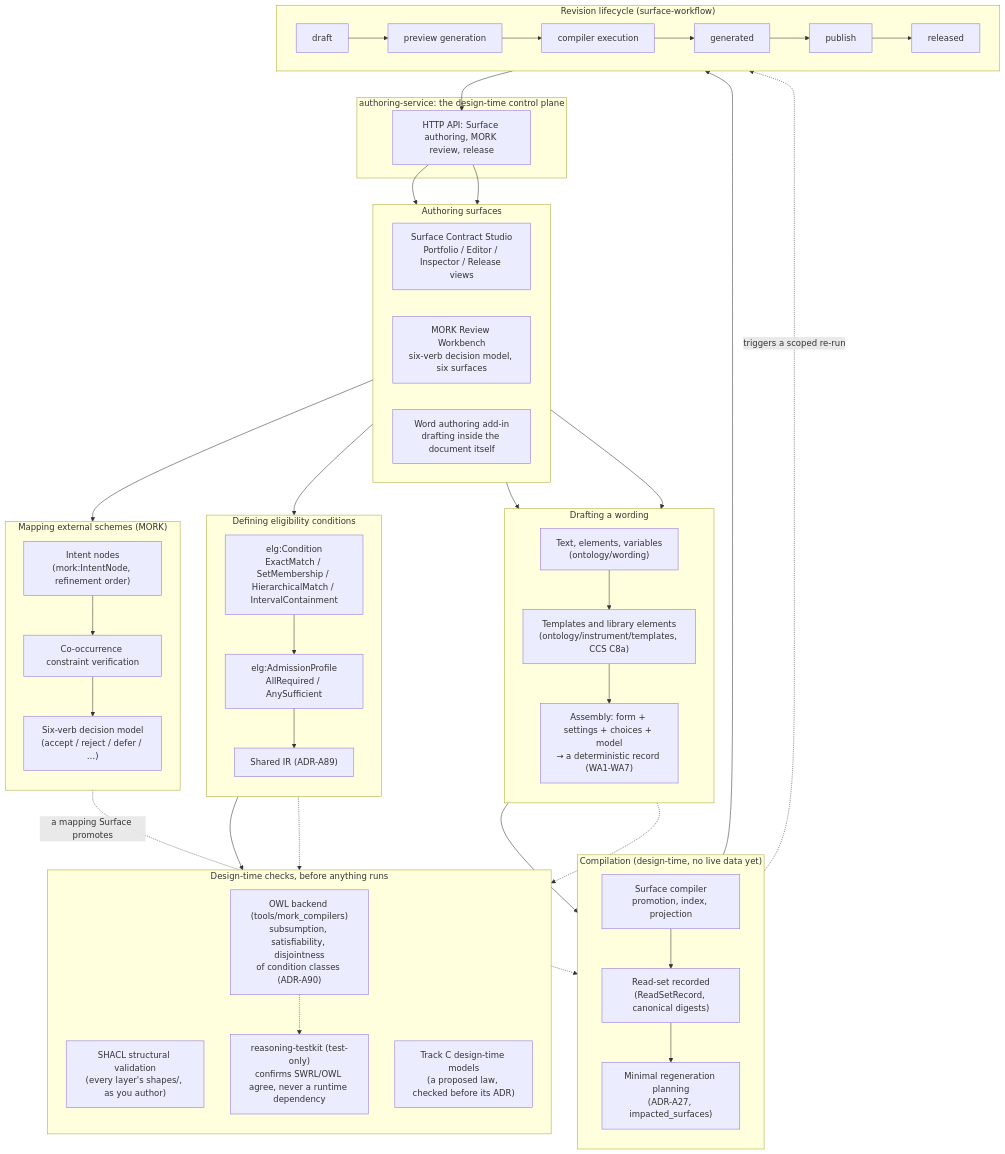
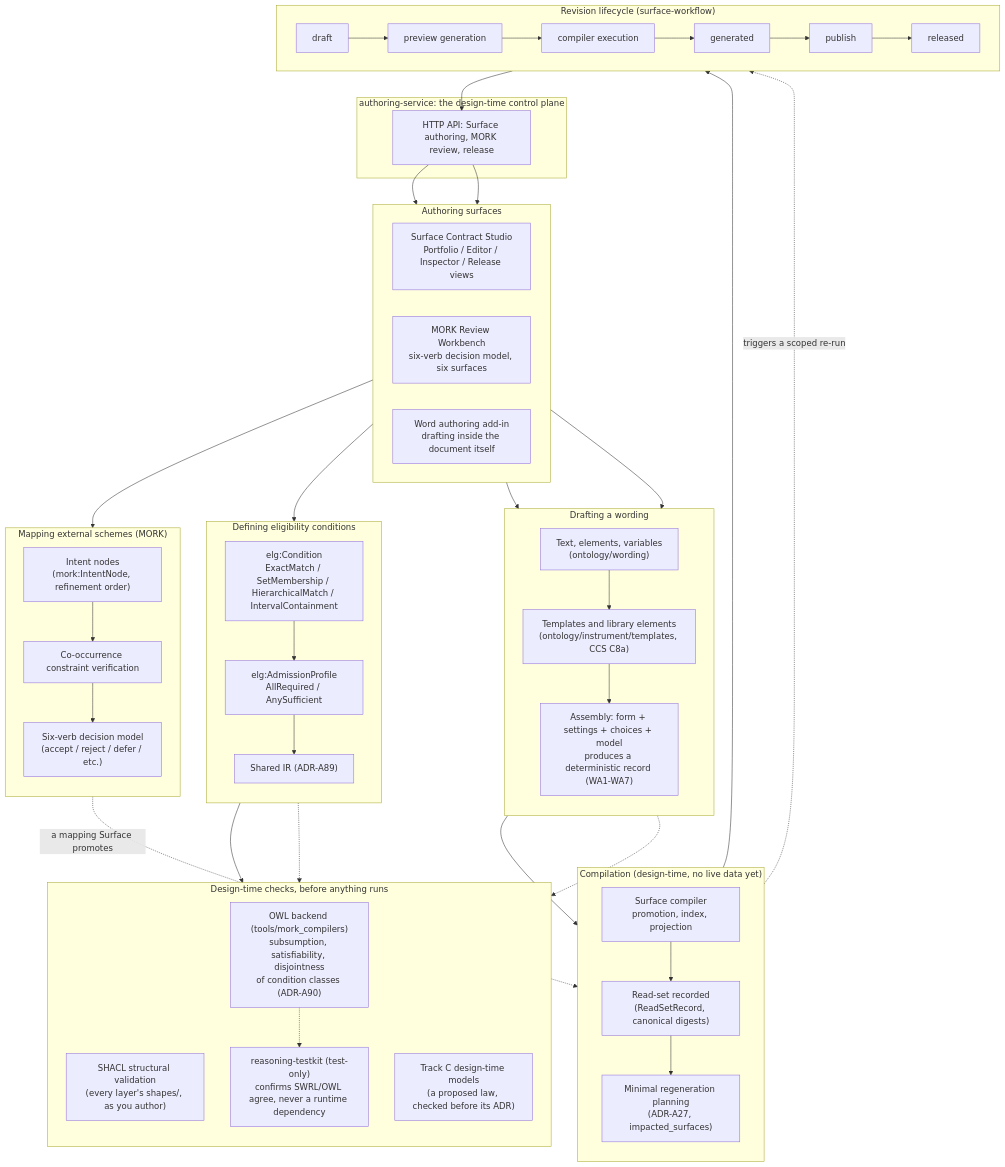
One commit to nebularis/lattice changed the diagram in docs/diagrams/03-design-time-authoring.md. Above: the diagram before and after it, drawn with Mermaid. The commit also changed 4 other files, not shown here.

First line of the commit message:
[docs] Strip special characters from mermaid diagrams; fix subgraph-edge errors

````diff
--- a/docs/diagrams/03-design-time-authoring.md
+++ b/docs/diagrams/03-design-time-authoring.md
@@ -12,78 +12,78 @@
 ```mermaid
 flowchart TB
     subgraph AUTHOR["Authoring surfaces"]
         direction LR
         SCS["Surface Contract Studio<br/>Portfolio / Editor / Inspector / Release views"]
         MRW["MORK Review Workbench<br/>six-verb decision model, six surfaces"]
         WAI["Word authoring add-in<br/>drafting inside the document itself"]
     end
 
     subgraph DRAFT["Drafting a wording"]
         direction TB
         TXT["Text, elements, variables<br/>(ontology/wording)"]
         TMPL["Templates and library elements<br/>(ontology/instrument/templates, CCS C8a)"]
-        ASSM["Assembly: form + settings + choices + model<br/>→ a deterministic record (WA1-WA7)"]
+        ASSM["Assembly: form + settings + choices + model<br/>produces a deterministic record (WA1-WA7)"]
     end
 
     WAI --> TXT
     SCS --> TXT
     TXT --> TMPL --> ASSM
 
     subgraph ELIG["Defining eligibility conditions"]
         direction TB
         COND["elg:Condition<br/>ExactMatch / SetMembership / HierarchicalMatch / IntervalContainment"]
         PROF["elg:AdmissionProfile<br/>AllRequired / AnySufficient"]
         IR2["Shared IR (ADR-A89)"]
     end
 
     SCS --> COND --> PROF --> IR2
 
     subgraph DESIGNCHECK["Design-time checks, before anything runs"]
         direction TB
         SHACL1["SHACL structural validation<br/>(every layer's shapes/, as you author)"]
         OWLDT["OWL backend (tools/mork_compilers)<br/>subsumption, satisfiability, disjointness<br/>of condition classes (ADR-A90)"]
         ALLOY2["Track C design-time models<br/>(a proposed law, checked before its ADR)"]
         REASON["reasoning-testkit (test-only)<br/>confirms SWRL/OWL agree, never a runtime dependency"]
     end
 
     IR2 --> OWLDT
     TXT -.-> SHACL1
     COND -.-> SHACL1
     OWLDT -.-> REASON
 
     subgraph MAPPING["Mapping external schemes (MORK)"]
         direction TB
         INTENT["Intent nodes<br/>(mork:IntentNode, refinement order)"]
         COOCCUR["Co-occurrence constraint verification"]
-        SIXVERB["Six-verb decision model<br/>(accept / reject / defer / …)"]
+        SIXVERB["Six-verb decision model<br/>(accept / reject / defer / etc.)"]
     end
 
     MRW --> INTENT --> COOCCUR --> SIXVERB
 
     subgraph COMPILE["Compilation (design-time, no live data yet)"]
         direction TB
         SFCOMP["Surface compiler<br/>promotion, index, projection"]
         READSET["Read-set recorded<br/>(ReadSetRecord, canonical digests)"]
         REGEN["Minimal regeneration planning<br/>(ADR-A27, impacted_surfaces)"]
     end
 
     ASSM --> SFCOMP
     SIXVERB -.->|a mapping Surface promotes| SFCOMP
     SFCOMP --> READSET --> REGEN
 
     subgraph LIFECYCLE["Revision lifecycle (surface-workflow)"]
         direction LR
         L1["draft"] --> L2["preview generation"] --> L3["compiler execution"] --> L4["generated"] --> L5["publish"] --> L6["released"]
     end
 
     SFCOMP --> L1
     REGEN -.->|triggers a scoped re-run| L3
 
     subgraph CONTROL["authoring-service: the design-time control plane"]
         CTRL["HTTP API: Surface authoring, MORK review, release"]
     end
 
     L6 --> CTRL
     CTRL --> SCS
     CTRL --> MRW
 ```
````
